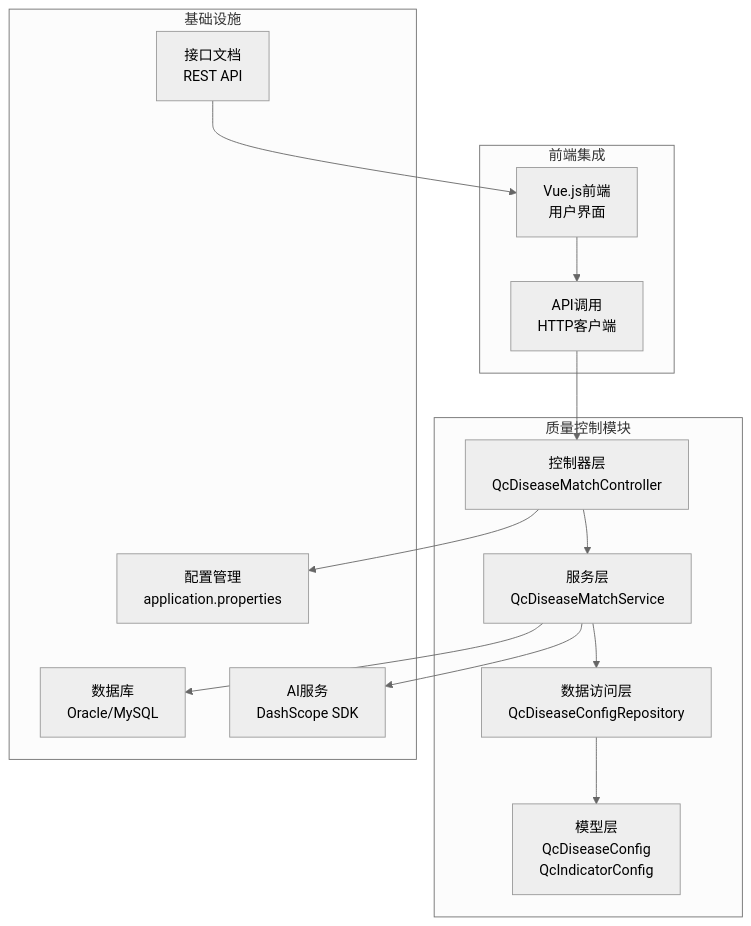
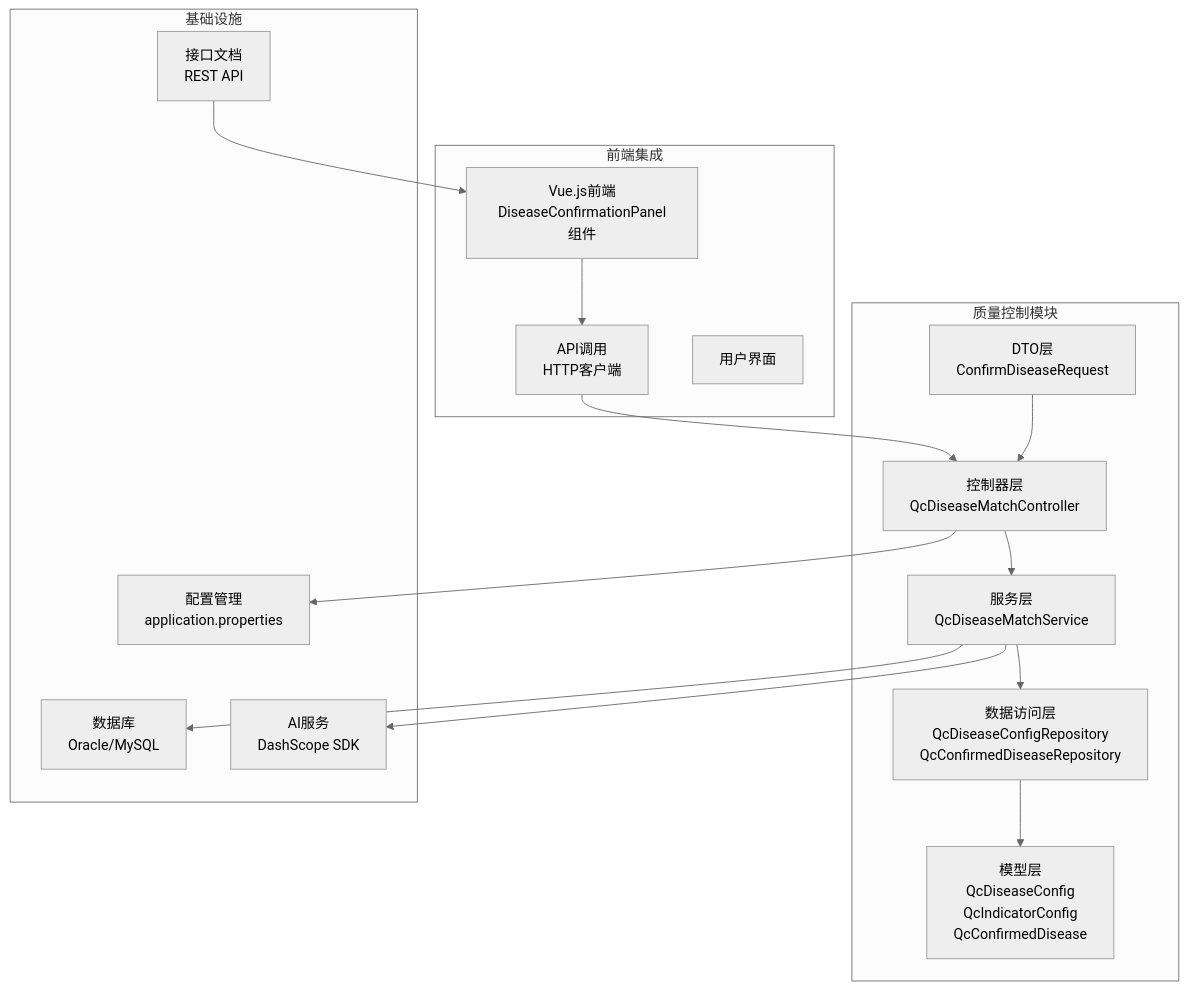
Before and after one commit to liuzh2008/med_ai_assistant_workspace: the first of 11 diagrams in .qoder/repowiki/zh/content/核心功能模块/质量控制系统.md, drawn with Mermaid (neutral theme). The commit also changed other lines of this file and 5 other files, not shown here.

````diff
--- a/.qoder/repowiki/zh/content/核心功能模块/质量控制系统.md
+++ b/.qoder/repowiki/zh/content/核心功能模块/质量控制系统.md
@@ -36,28 +54,31 @@
 ```mermaid
 graph TB
 subgraph "质量控制模块"
 A[控制器层<br/>QcDiseaseMatchController]
 B[服务层<br/>QcDiseaseMatchService]
-C[数据访问层<br/>QcDiseaseConfigRepository]
-D[模型层<br/>QcDiseaseConfig<br/>QcIndicatorConfig]
+C[数据访问层<br/>QcDiseaseConfigRepository<br/>QcConfirmedDiseaseRepository]
+D[模型层<br/>QcDiseaseConfig<br/>QcIndicatorConfig<br/>QcConfirmedDisease]
+E[DTO层<br/>ConfirmDiseaseRequest]
 end
 subgraph "基础设施"
-E[数据库<br/>Oracle/MySQL]
-F[AI服务<br/>DashScope SDK]
-G[配置管理<br/>application.properties]
-H[接口文档<br/>REST API]
+F[数据库<br/>Oracle/MySQL]
+G[AI服务<br/>DashScope SDK]
+H[配置管理<br/>application.properties]
+I[接口文档<br/>REST API]
 end
 subgraph "前端集成"
-I[Vue.js前端<br/>用户界面]
-J[API调用<br/>HTTP客户端]
+J[Vue.js前端<br/>DiseaseConfirmationPanel组件]
+K[API调用<br/>HTTP客户端]
+L[用户界面]
 end
 A --> B
 B --> C
 C --> D
-B --> E
 B --> F
-A --> G
-H --> I
+B --> G
+A --> H
 I --> J
-J --> A
+J --> K
+K --> A
+E --> A
 ```
````
